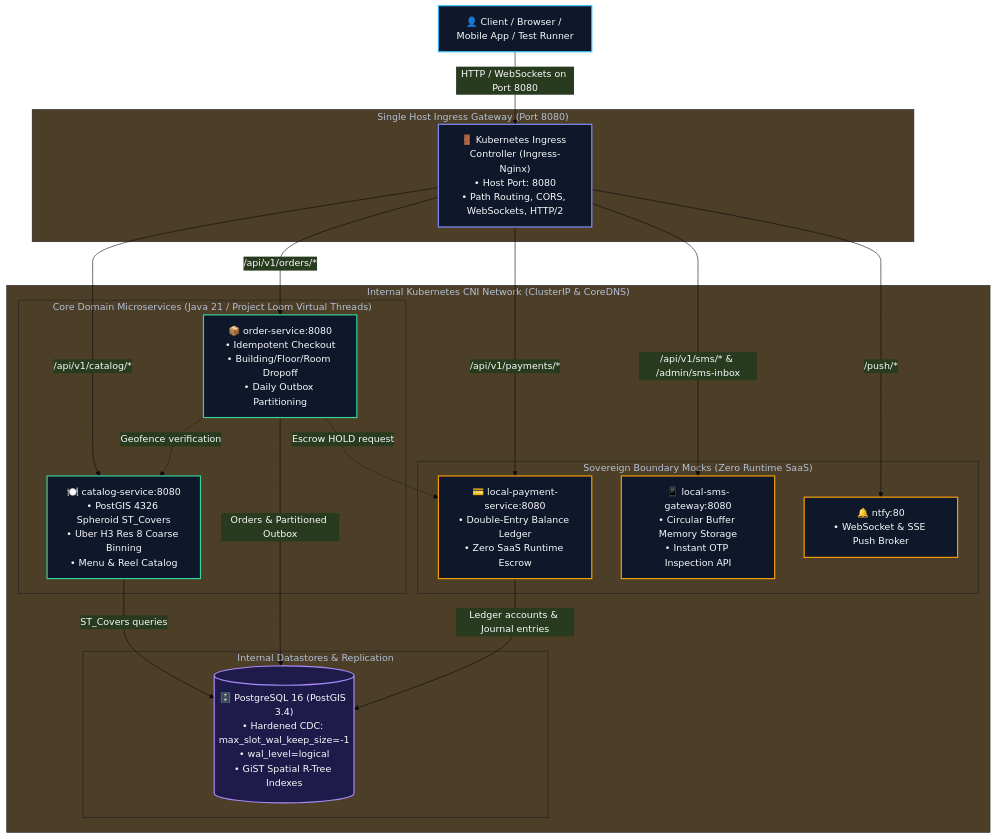
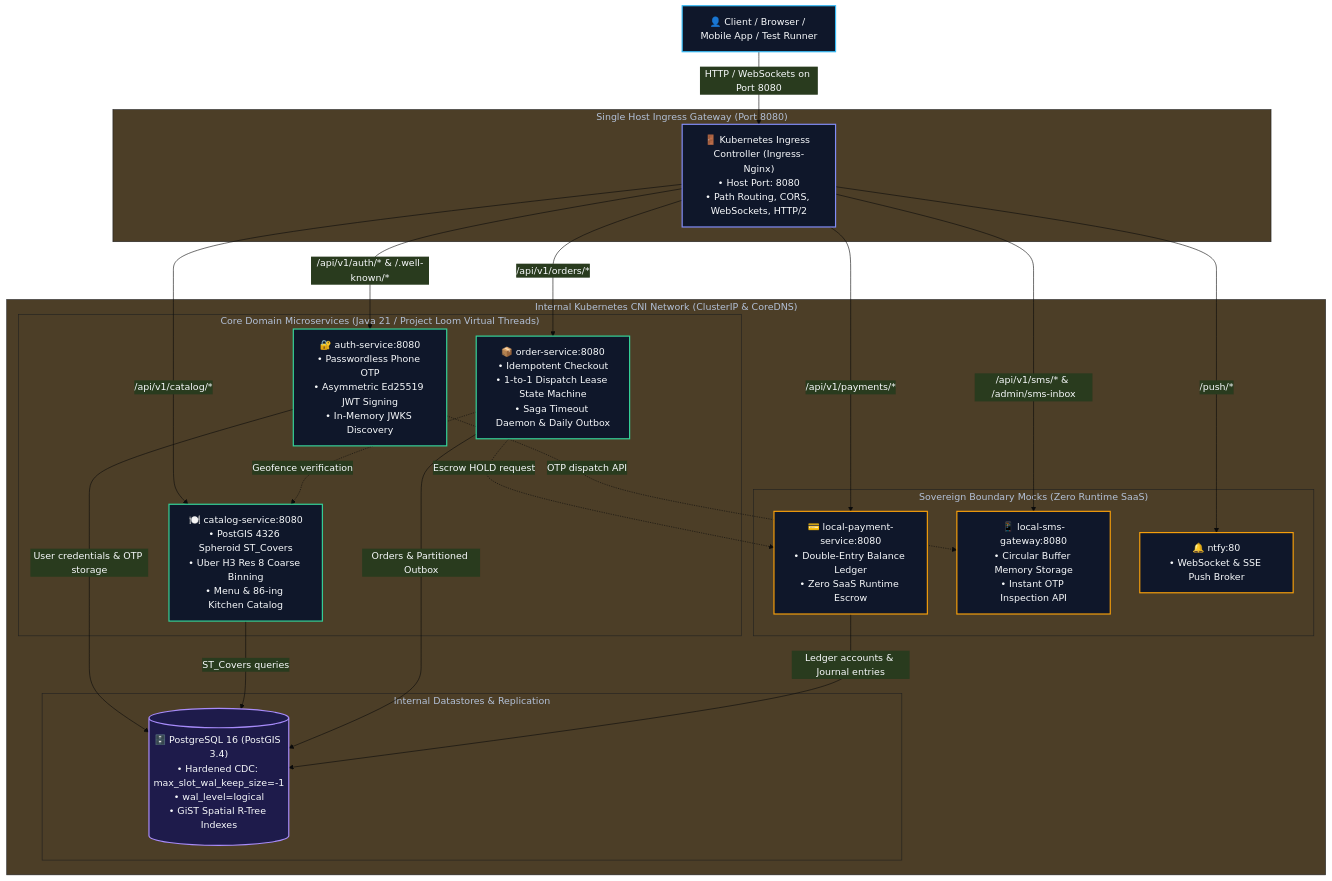
One commit to BlackPool25/delivery-platform changed the diagram in README.md. Above: the diagram before and after it, drawn with Mermaid. The commit also changed other lines of this file and 61 other files, not shown here.

First line of the commit message:
feat(phase3): implement auth-service, H3 spatial catalog, and order saga lease FSM

````diff
--- a/README.md
+++ b/README.md
@@ -52,51 +52,55 @@
 ```mermaid
 %%{init: {'theme': 'base', 'themeVariables': {'primaryColor': '#1e293b', 'edgeColor': '#64748b', 'textColor': '#f8fafc', 'primaryTextColor': '#f8fafc'}}}%%
 flowchart TD
     Client["👤 Client / Browser / Mobile App / Test Runner"]
     
     subgraph HostGateway ["Single Host Ingress Gateway (Port 8080)"]
         Ingress["🚪 Kubernetes Ingress Controller (Ingress-Nginx)<br/>• Host Port: 8080<br/>• Path Routing, CORS, WebSockets, HTTP/2"]
     end
 
     subgraph CNI ["Internal Kubernetes CNI Network (ClusterIP & CoreDNS)"]
         subgraph CoreServices ["Core Domain Microservices (Java 21 / Project Loom Virtual Threads)"]
-            Catalog["🍽️ catalog-service:8080<br/>• PostGIS 4326 Spheroid ST_Covers<br/>• Uber H3 Res 8 Coarse Binning<br/>• Menu & Reel Catalog"]
-            Order["📦 order-service:8080<br/>• Idempotent Checkout<br/>• Building/Floor/Room Dropoff<br/>• Daily Outbox Partitioning"]
+            Auth["🔐 auth-service:8080<br/>• Passwordless Phone OTP<br/>• Asymmetric Ed25519 JWT Signing<br/>• In-Memory JWKS Discovery"]
+            Catalog["🍽️ catalog-service:8080<br/>• PostGIS 4326 Spheroid ST_Covers<br/>• Uber H3 Res 8 Coarse Binning<br/>• Menu & 86-ing Kitchen Catalog"]
+            Order["📦 order-service:8080<br/>• Idempotent Checkout<br/>• 1-to-1 Dispatch Lease State Machine<br/>• Saga Timeout Daemon & Daily Outbox"]
         end
 
         subgraph LocalBoundary ["Sovereign Boundary Mocks (Zero Runtime SaaS)"]
             Payment["💳 local-payment-service:8080<br/>• Double-Entry Balance Ledger<br/>• Zero SaaS Runtime Escrow"]
             SMS["📱 local-sms-gateway:8080<br/>• Circular Buffer Memory Storage<br/>• Instant OTP Inspection API"]
             Push["🔔 ntfy:80<br/>• WebSocket & SSE Push Broker"]
         end
 
         subgraph Datastores ["Internal Datastores & Replication"]
             Postgres[("🗄️ PostgreSQL 16 (PostGIS 3.4)<br/>• Hardened CDC: max_slot_wal_keep_size=-1<br/>• wal_level=logical<br/>• GiST Spatial R-Tree Indexes")]
         end
     end
 
     Client -->|HTTP / WebSockets on Port 8080| Ingress
+    Ingress -->|/api/v1/auth/* & /.well-known/*| Auth
     Ingress -->|/api/v1/catalog/*| Catalog
     Ingress -->|/api/v1/orders/*| Order
     Ingress -->|/api/v1/payments/*| Payment
     Ingress -->|/api/v1/sms/* & /admin/sms-inbox| SMS
     Ingress -->|/push/*| Push
 
+    Auth -->|User credentials & OTP storage| Postgres
+    Auth -.->|OTP dispatch API| SMS
     Catalog -->|ST_Covers queries| Postgres
     Order -->|Orders & Partitioned Outbox| Postgres
     Payment -->|Ledger accounts & Journal entries| Postgres
     Order -.->|Geofence verification| Catalog
     Order -.->|Escrow HOLD request| Payment
 
     classDef clientNode fill:#0f172a,stroke:#38bdf8,stroke-width:2px,color:#f8fafc;
     classDef gatewayNode fill:#0f172a,stroke:#818cf8,stroke-width:2px,color:#f8fafc;
     classDef serviceNode fill:#0f172a,stroke:#34d399,stroke-width:2px,color:#f8fafc;
     classDef boundaryNode fill:#0f172a,stroke:#f59e0b,stroke-width:2px,color:#f8fafc;
     classDef storeNode fill:#1e1b4b,stroke:#a78bfa,stroke-width:2px,color:#f8fafc;
 
     class Client clientNode;
     class Ingress gatewayNode;
-    class Catalog,Order serviceNode;
+    class Auth,Catalog,Order serviceNode;
     class Payment,SMS,Push boundaryNode;
     class Postgres storeNode;
 ```
````
